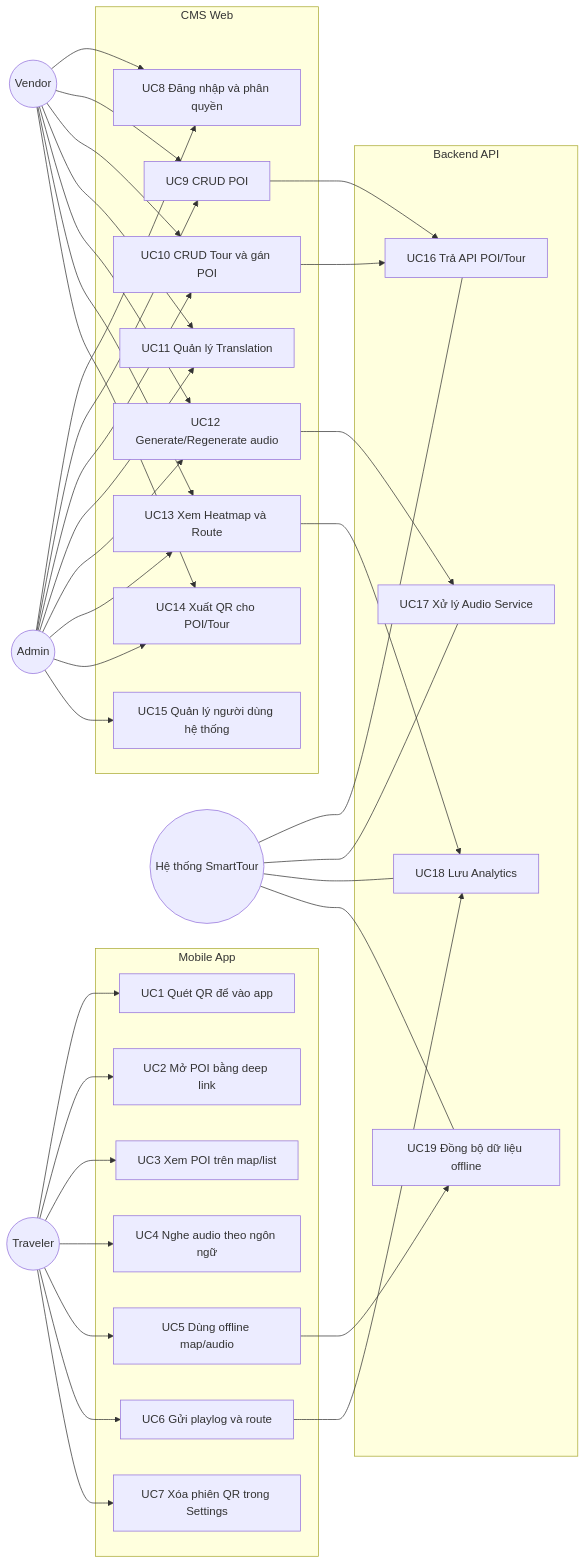
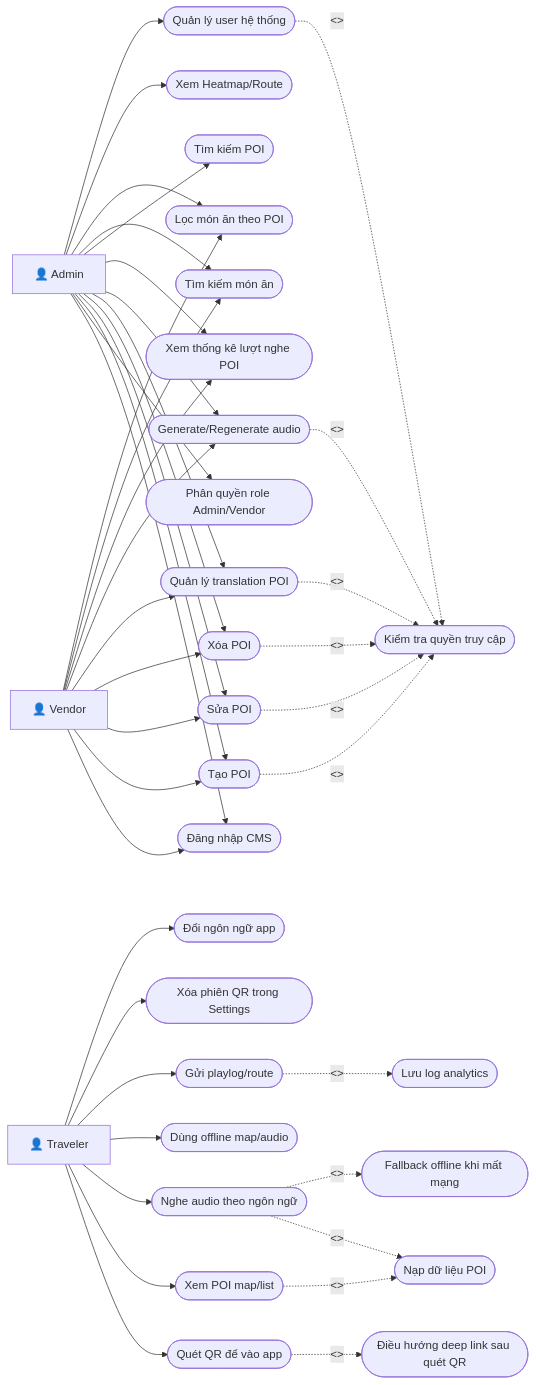
The third of 41 diagrams in PRD_SmartTour.md (EricHoang28092k5/SmartTour), drawn with Mermaid before and after one commit. The commit also changed other lines of this file, not shown here.

````diff
--- a/PRD_SmartTour.md
+++ b/PRD_SmartTour.md
@@ -391,72 +397,77 @@
 ```mermaid
 flowchart LR
-    Traveler((Traveler))
-    Vendor((Vendor))
-    Admin((Admin))
-    System((Hệ thống SmartTour))
+    A1["👤 Traveler"]
+    A2["👤 Vendor"]
+    A3["👤 Admin"]
 
-    subgraph MobileApp[Mobile App]
-      UC1[UC1 Quét QR để vào app]
-      UC2[UC2 Mở POI bằng deep link]
-      UC3[UC3 Xem POI trên map/list]
-      UC4[UC4 Nghe audio theo ngôn ngữ]
-      UC5[UC5 Dùng offline map/audio]
-      UC6[UC6 Gửi playlog và route]
-      UC7[UC7 Xóa phiên QR trong Settings]
-    end
+    UC01([Đăng nhập CMS])
+    UC02([Phân quyền role Admin/Vendor])
+    UC03([Tạo POI])
+    UC04([Sửa POI])
+    UC05([Xóa POI])
+    UC06([Quản lý translation POI])
+    UC07([Generate/Regenerate audio])
+    UC08([Xem thống kê lượt nghe POI])
+    UC09([Tìm kiếm POI])
+    UC10([Tìm kiếm món ăn])
+    UC11([Lọc món ăn theo POI])
+    UC12([Xem Heatmap/Route])
+    UC13([Quản lý user hệ thống])
+    UC14([Quét QR để vào app])
+    UC15([Xem POI map/list])
+    UC16([Nghe audio theo ngôn ngữ])
+    UC17([Dùng offline map/audio])
+    UC18([Gửi playlog/route])
+    UC19([Xóa phiên QR trong Settings])
+    UC20([Đổi ngôn ngữ app])
 
-    subgraph CMSWeb[CMS Web]
-      UC8[UC8 Đăng nhập và phân quyền]
-      UC9[UC9 CRUD POI]
-      UC10[UC10 CRUD Tour và gán POI]
-      UC11[UC11 Quản lý Translation]
-      UC12[UC12 Generate/Regenerate audio]
-      UC13[UC13 Xem Heatmap và Route]
-      UC14[UC14 Xuất QR cho POI/Tour]
-      UC15[UC15 Quản lý người dùng hệ thống]
-    end
+    INC1([Kiểm tra quyền truy cập])
+    INC2([Nạp dữ liệu POI])
+    INC3([Lưu log analytics])
+    EXT1([Fallback offline khi mất mạng])
+    EXT2([Điều hướng deep link sau quét QR])
 
-    subgraph BackendAPI[Backend API]
-      UC16[UC16 Trả API POI/Tour]
-      UC17[UC17 Xử lý Audio Service]
-      UC18[UC18 Lưu Analytics]
-      UC19[UC19 Đồng bộ dữ liệu offline]
-    end
+    A2 --> UC01
+    A2 --> UC03
+    A2 --> UC04
+    A2 --> UC05
+    A2 --> UC06
+    A2 --> UC07
+    A2 --> UC08
+    A2 --> UC10
+    A2 --> UC11
 
-    Traveler --> UC1
-    Traveler --> UC2
-    Traveler --> UC3
-    Traveler --> UC4
-    Traveler --> UC5
-    Traveler --> UC6
-    Traveler --> UC7
+    A3 --> UC01
+    A3 --> UC02
+    A3 --> UC03
+    A3 --> UC04
+    A3 --> UC05
+    A3 --> UC06
+    A3 --> UC07
+    A3 --> UC08
+    A3 --> UC09
+    A3 --> UC10
+    A3 --> UC11
+    A3 --> UC12
+    A3 --> UC13
 
-    Vendor --> UC8
-    Vendor --> UC9
-    Vendor --> UC10
-    Vendor --> UC11
-    Vendor --> UC12
-    Vendor --> UC13
-    Vendor --> UC14
+    A1 --> UC14
+    A1 --> UC15
+    A1 --> UC16
+    A1 --> UC17
+    A1 --> UC18
+    A1 --> UC19
+    A1 --> UC20
 
-    Admin --> UC8
-    Admin --> UC9
-    Admin --> UC10
-    Admin --> UC11
-    Admin --> UC12
-    Admin --> UC13
-    Admin --> UC14
-    Admin --> UC15
-
-    UC9 --> UC16
-    UC10 --> UC16
-    UC12 --> UC17
-    UC6 --> UC18
-    UC5 --> UC19
-    UC13 --> UC18
-
-    System --- UC16
-    System --- UC17
-    System --- UC18
-    System --- UC19
+    UC03 -. "<<include>>" .-> INC1
+    UC04 -. "<<include>>" .-> INC1
+    UC05 -. "<<include>>" .-> INC1
+    UC06 -. "<<include>>" .-> INC1
+    UC07 -. "<<include>>" .-> INC1
+    UC13 -. "<<include>>" .-> INC1
+    UC15 -. "<<include>>" .-> INC2
+    UC16 -. "<<include>>" .-> INC2
+    UC18 -. "<<include>>" .-> INC3
+    UC16 -. "<<extend>>" .-> EXT1
+    UC14 -. "<<extend>>" .-> EXT2
 ```
````
